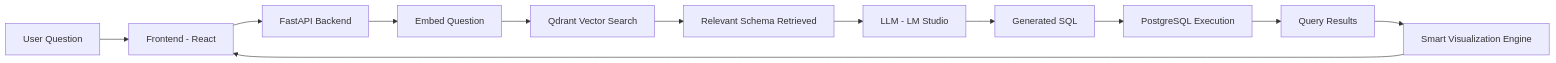
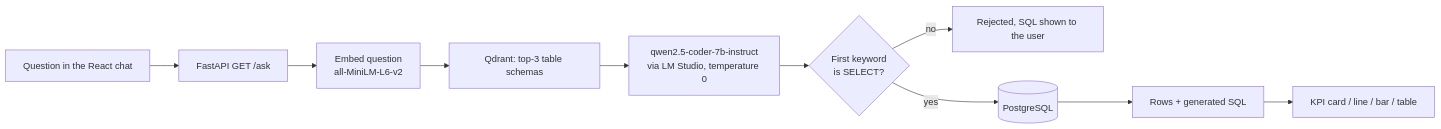
The diagram in README.md (Francis-Gallo/insightfusion-ai), drawn with Mermaid before and after one commit. The commit also changed other lines of this file and 1 other file, not shown here.

````diff
--- a/README.md
+++ b/README.md
@@ -31,14 +16,12 @@
 ```mermaid
 flowchart LR
-    A[User Question] --> B[Frontend - React]
-    B --> C[FastAPI Backend]
-    C --> D[Embed Question]
-    D --> E[Qdrant Vector Search]
-    E --> F[Relevant Schema Retrieved]
-    F --> G[LLM - LM Studio]
-    G --> H[Generated SQL]
-    H --> I[PostgreSQL Execution]
-    I --> J[Query Results]
-    J --> K[Smart Visualization Engine]
-    K --> B
+    Q[Question in the React chat] --> A[FastAPI GET /ask]
+    A --> E[Embed question<br/>all-MiniLM-L6-v2]
+    E --> V[Qdrant: top-3 table schemas]
+    V --> L[qwen2.5-coder-7b-instruct<br/>via LM Studio, temperature 0]
+    L --> G{First keyword<br/>is SELECT?}
+    G -- no --> X[Rejected, SQL shown to the user]
+    G -- yes --> P[(PostgreSQL)]
+    P --> R[Rows + generated SQL]
+    R --> UI[KPI card / line / bar / table]
 ```
````
